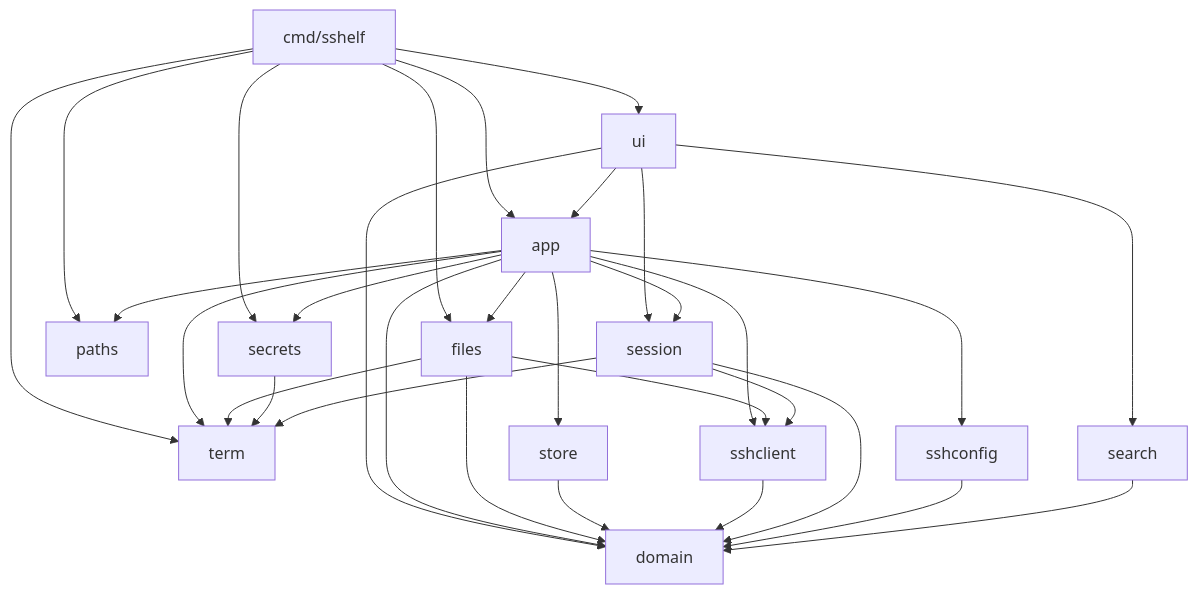
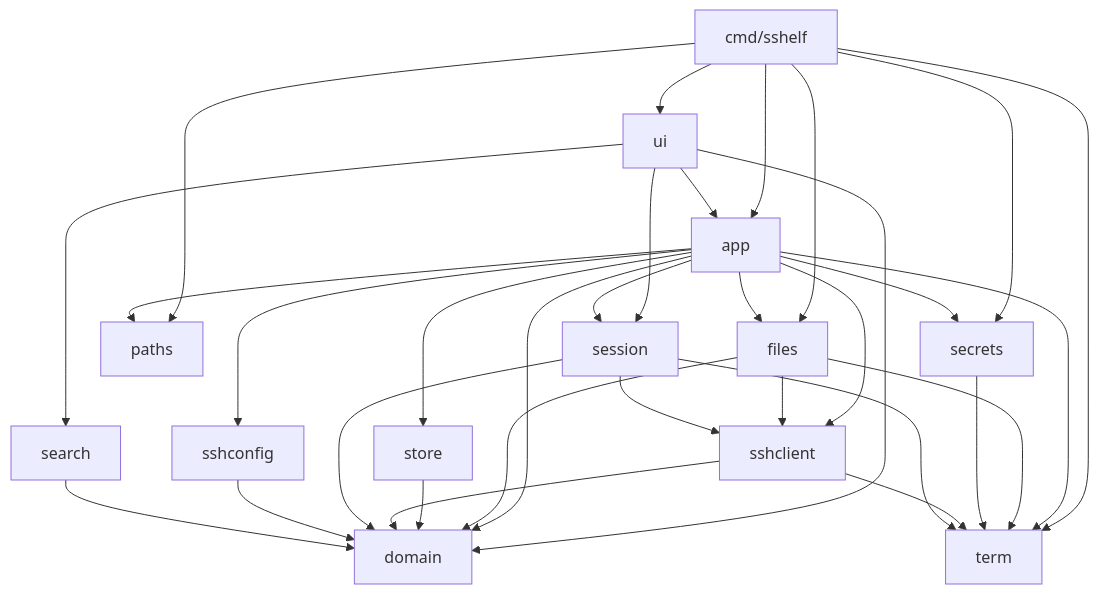
Before and after one commit to RafaelXokito/sshelf: the first of 5 diagrams in specs/architecture/design.md, drawn with Mermaid. The commit also changed other lines of this file and 13 other files, not shown here.

````diff
--- a/specs/architecture/design.md
+++ b/specs/architecture/design.md
@@ -1136,33 +1137,34 @@
 ```mermaid
 flowchart TD
     main[cmd/sshelf] --> app
     main --> ui
     main --> secrets
     main --> paths
     main --> term
     main --> files
     ui --> app
     ui --> domain
     ui --> search
     ui --> session
     app --> store
     app --> secrets
     app --> sshclient
     app --> session
     app --> sshconfig
     app --> domain
     app --> paths
     app --> term
     app --> files
     files --> sshclient
     files --> domain
     files --> term
     store --> domain
     secrets --> term
     sshclient --> domain
+    sshclient --> term
     session --> sshclient
     session --> domain
     session --> term
     sshconfig --> domain
     search --> domain
 ```
````
